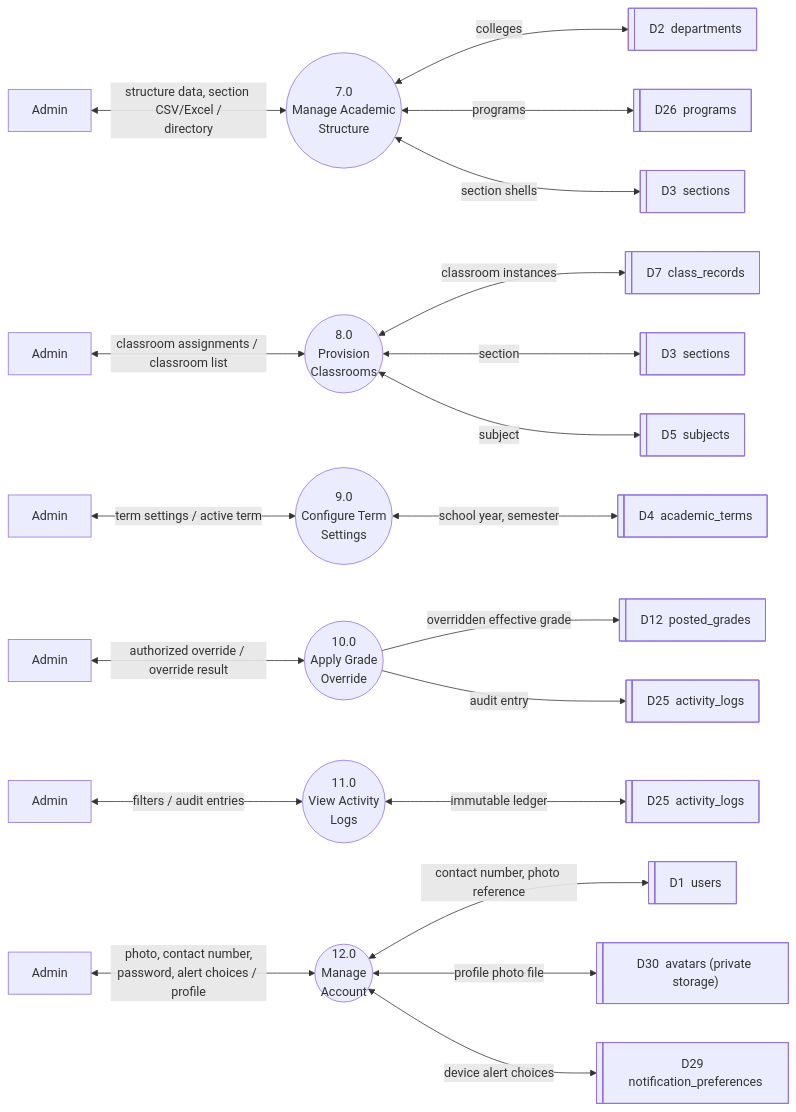
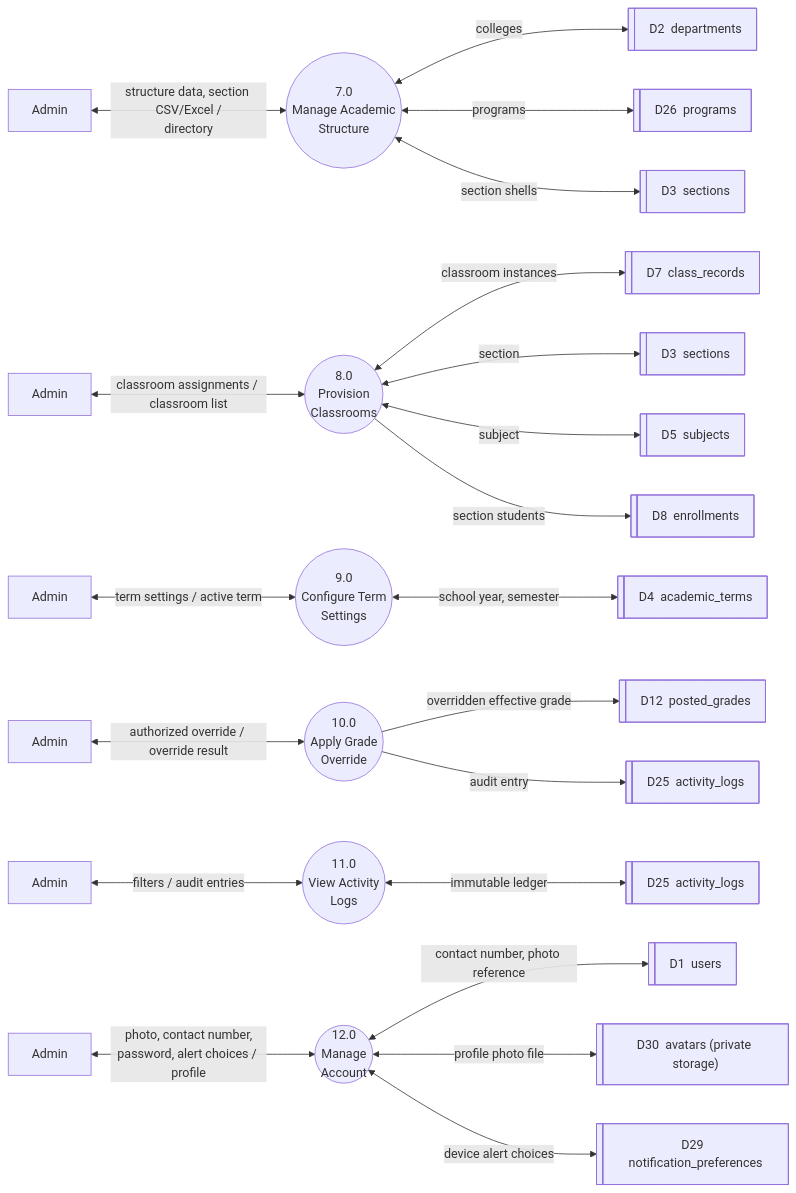
Before and after one commit to kurarensu16/sage: the diagram in docs/02-thesis/figures/Figure-2.11-DFD-Admin-B.mmd, drawn with Mermaid. The commit also changed 49 other files, not shown here.

```diff
--- a/docs/02-thesis/figures/Figure-2.11-DFD-Admin-B.mmd
+++ b/docs/02-thesis/figures/Figure-2.11-DFD-Admin-B.mmd
@@ -1,34 +1,35 @@
 flowchart LR
 %% ===== Figure 2.11 — Level 1 DFD: Admin Portal — column B (processes 7.0–12.0), revised 2026-10-10 =====
 %% Two-column layout (see compose_columns.py); content unchanged from the single-column version.
 
   %% ---------- 7.0 ----------
   E7["Admin"] <-- "structure data, section CSV/Excel /<br/>directory" --> P7(("7.0<br/>Manage Academic<br/>Structure"))
   P7 <-- "colleges" --> D2g@{ shape: lin-rect, label: "D2&nbsp; departments" }
   P7 <-- "programs" --> D26g@{ shape: lin-rect, label: "D26&nbsp; programs" }
   P7 <-- "section shells" --> D3g@{ shape: lin-rect, label: "D3&nbsp; sections" }
 
   %% ---------- 8.0 ----------
   E8["Admin"] <-- "classroom assignments / classroom list" --> P8(("8.0<br/>Provision<br/>Classrooms"))
   P8 <-- "classroom instances" --> D7h@{ shape: lin-rect, label: "D7&nbsp; class_records" }
   P8 <-- "section" --> D3h@{ shape: lin-rect, label: "D3&nbsp; sections" }
   P8 <-- "subject" --> D5h@{ shape: lin-rect, label: "D5&nbsp; subjects" }
+  P8 -- "section students" --> D8h@{ shape: lin-rect, label: "D8&nbsp; enrollments" }
 
   %% ---------- 9.0 ----------
   E9["Admin"] <-- "term settings / active term" --> P9(("9.0<br/>Configure Term<br/>Settings"))
   P9 <-- "school year, semester" --> D4i@{ shape: lin-rect, label: "D4&nbsp; academic_terms" }
 
   %% ---------- 10.0 ----------
   E10["Admin"] <-- "authorized override / override result" --> P10(("10.0<br/>Apply Grade<br/>Override"))
   P10 -- "overridden effective grade" --> D12j@{ shape: lin-rect, label: "D12&nbsp; posted_grades" }
   P10 -- "audit entry" --> D25j@{ shape: lin-rect, label: "D25&nbsp; activity_logs" }
 
   %% ---------- 11.0 ----------
   E11["Admin"] <-- "filters / audit entries" --> P11(("11.0<br/>View Activity<br/>Logs"))
   P11 <-- "immutable ledger" --> D25k@{ shape: lin-rect, label: "D25&nbsp; activity_logs" }
 
   %% ---------- 12.0 ----------
   E12["Admin"] <-- "photo, contact number,<br/>password, alert choices / profile" --> P12(("12.0<br/>Manage<br/>Account"))
   P12 <-- "contact number, photo reference" --> D1l@{ shape: lin-rect, label: "D1&nbsp; users" }
   P12 <-- "profile photo file" --> D30l@{ shape: lin-rect, label: "D30&nbsp; avatars (private storage)" }
   P12 <-- "device alert choices" --> D29l@{ shape: lin-rect, label: "D29&nbsp; notification_preferences" }
```
